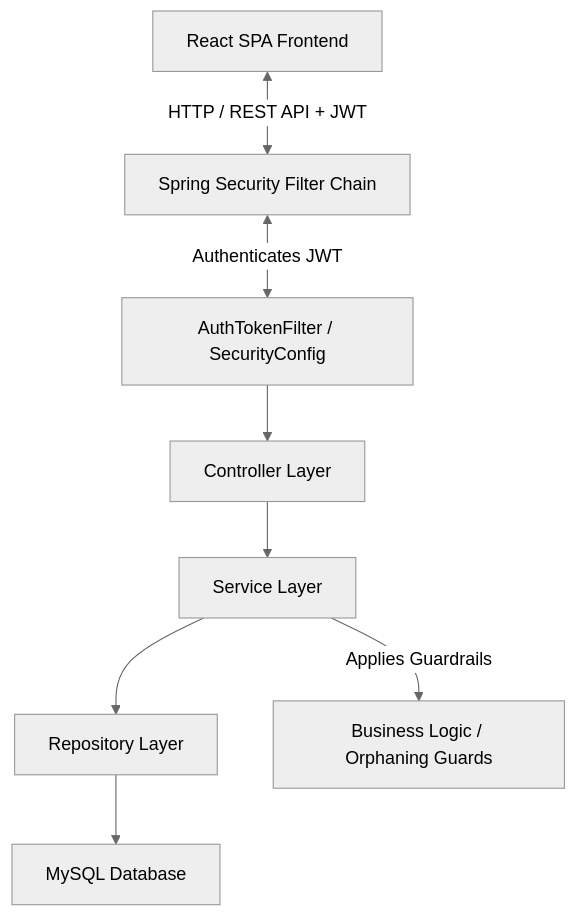
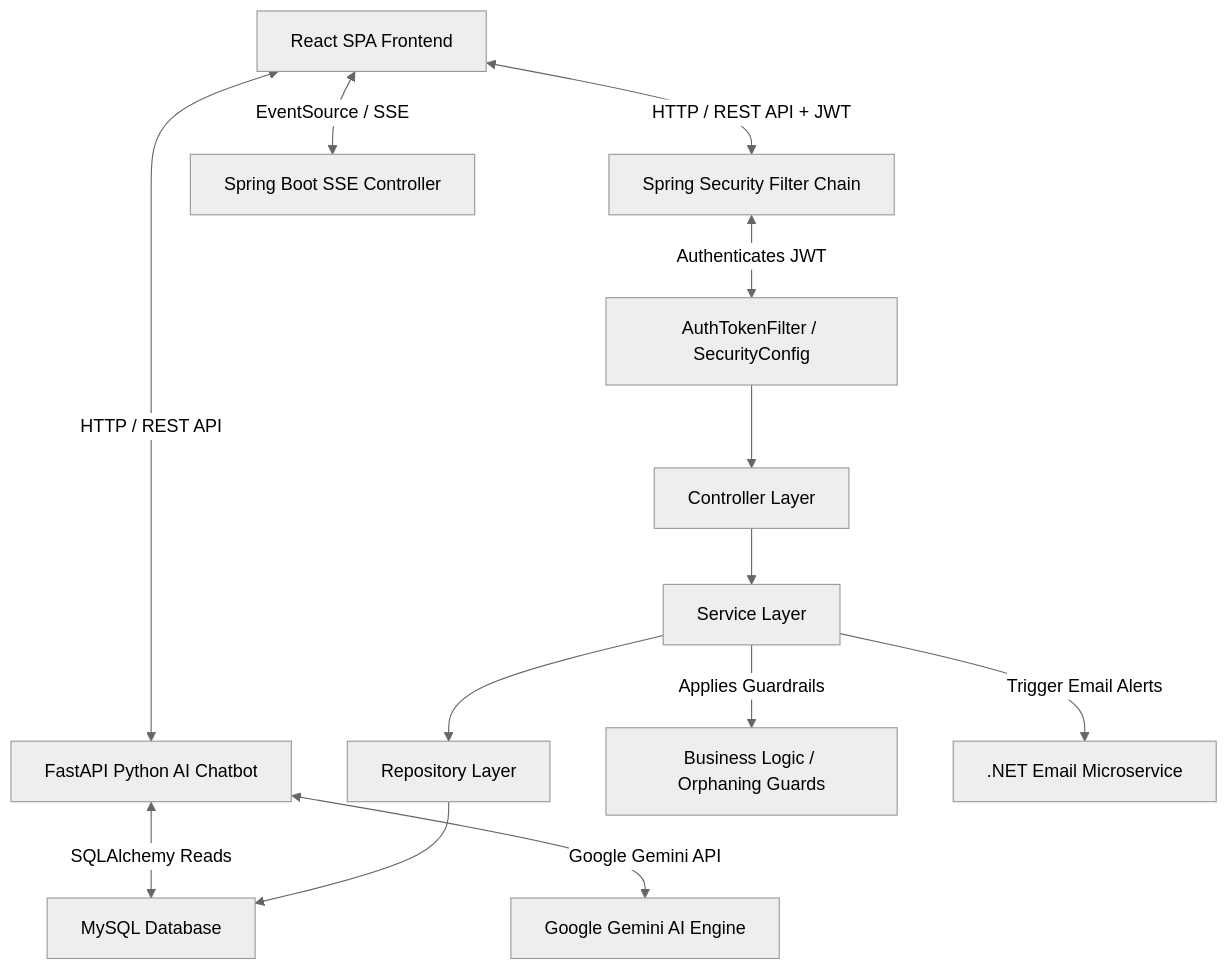
Before and after one commit to ivanshu111/CustomerRelationshipManagement_CRM: the first of 2 diagrams in README.md, drawn with Mermaid (neutral theme). The commit also changed other lines of this file and 2 other files, not shown here.

Commit message:
Enhance README.md with AI and microservice integrations; add Python FastAPI chatbot and .NET email service details, update architecture diagram, and refine user persona descriptions.

````diff
--- a/README.md
+++ b/README.md
@@ -80,10 +103,15 @@
 ```mermaid
 graph TD
     A[React SPA Frontend] <-->|HTTP / REST API + JWT| B[Spring Security Filter Chain]
+    A <-->|EventSource / SSE| I[Spring Boot SSE Controller]
+    A <-->|HTTP / REST API| J[FastAPI Python AI Chatbot]
+    J <-->|Google Gemini API| K[Google Gemini AI Engine]
+    J <-->|SQLAlchemy Reads| G[MySQL Database]
     B <-->|Authenticates JWT| C[AuthTokenFilter / SecurityConfig]
     C --> D[Controller Layer]
     D --> E[Service Layer]
     E --> F[Repository Layer]
     F --> G[MySQL Database]
     E -->|Applies Guardrails| H[Business Logic / Orphaning Guards]
+    E -->|Trigger Email Alerts| L[.NET Email Microservice]
 ```
````
